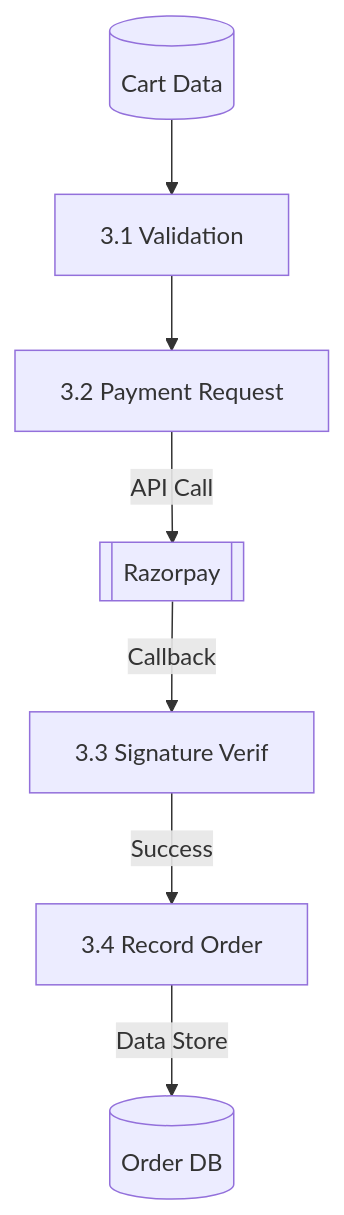
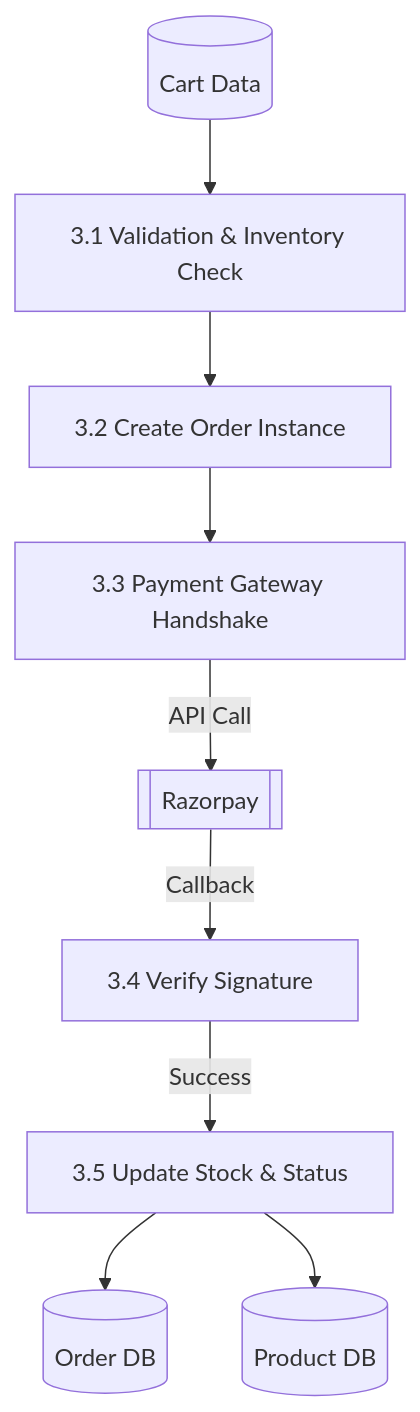
One commit to Vaish-251105/smart-ecommerce changed the third of 5 diagrams in DATABASE_AND_DFD_DESIGN.md. Above: the diagram before and after it, drawn with Mermaid. The commit also changed other lines of this file and 1 other file, not shown here.

Commit message:
Fix render.yaml: removed 'plan: free' from static frontend service to resolve validation error

````diff
--- a/DATABASE_AND_DFD_DESIGN.md
+++ b/DATABASE_AND_DFD_DESIGN.md
@@ -68,14 +79,17 @@
 ```mermaid
 graph TD
-    Proc1[3.1 Validation]
-    Proc2[3.2 Payment Request]
-    Proc3[3.3 Signature Verif]
-    Proc4[3.4 Record Order]
+    Proc1[3.1 Validation & Inventory Check]
+    Proc2[3.2 Create Order Instance]
+    Proc3[3.3 Payment Gateway Handshake]
+    Proc4[3.4 Verify Signature]
+    Proc5[3.5 Update Stock & Status]
     
     Cart[(Cart Data)] --> Proc1
     Proc1 --> Proc2
-    Proc2 -->|API Call| RP[[Razorpay]]
-    RP -->|Callback| Proc3
-    Proc3 -->|Success| Proc4
-    Proc4 -->|Data Store| DB[(Order DB)]
+    Proc2 --> Proc3
+    Proc3 -- API Call --> RP[[Razorpay]]
+    RP -- Callback --> Proc4
+    Proc4 -- Success --> Proc5
+    Proc5 --> DB_Order[(Order DB)]
+    Proc5 --> DB_Stock[(Product DB)]
 ```
````
